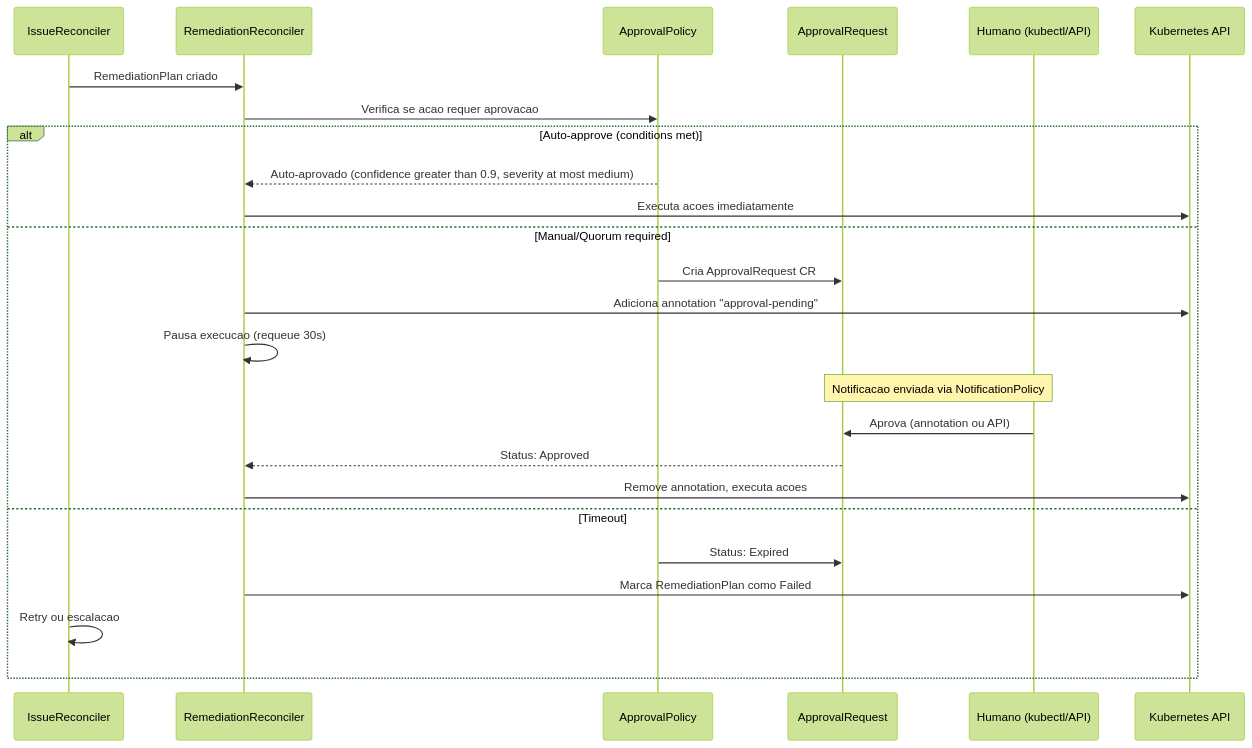
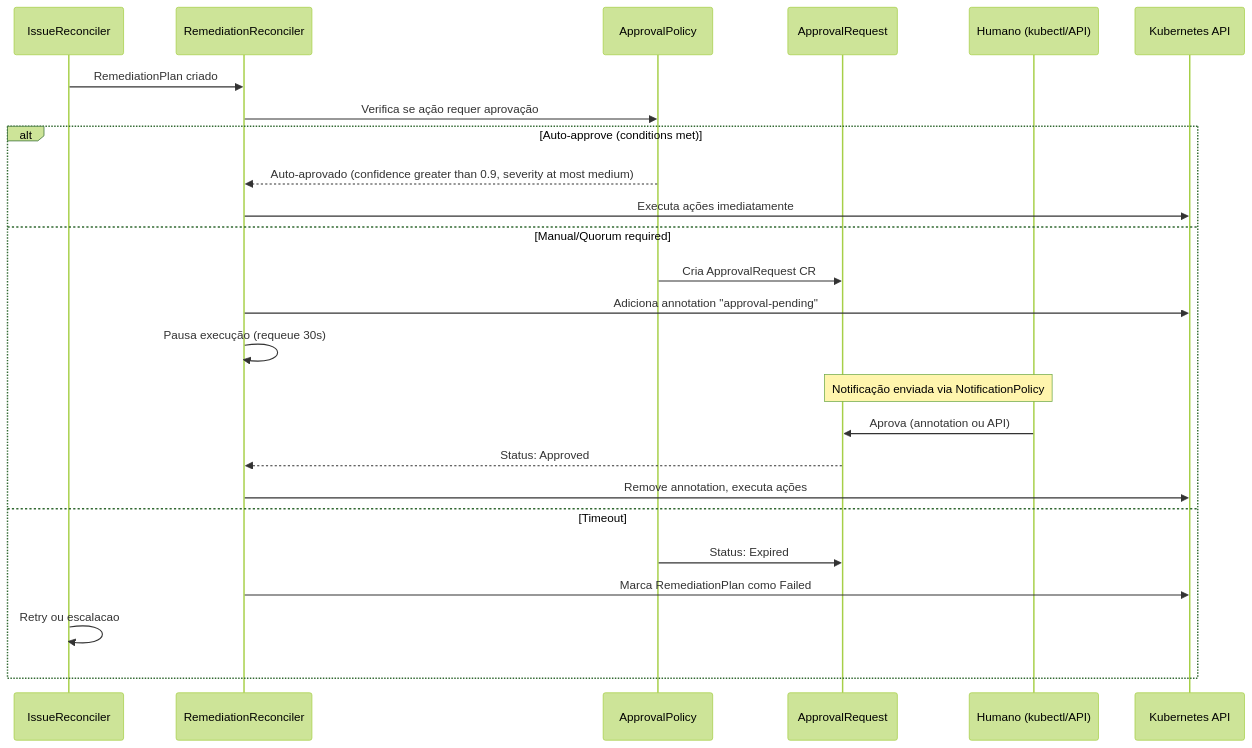
One commit to diillson/chatcli.ai changed the first of 3 diagrams in features/aiops/approval-workflow.mdx. Above: the diagram before and after it, drawn with Mermaid (forest theme). The commit also changed other lines of this file and 93 other files, not shown here.

````diff
--- a/features/aiops/approval-workflow.mdx
+++ b/features/aiops/approval-workflow.mdx
@@ -32,31 +32,31 @@
 ```mermaid
 sequenceDiagram
     participant IR as IssueReconciler
     participant RR as RemediationReconciler
     participant AP as ApprovalPolicy
     participant AR as ApprovalRequest
     participant H as Humano (kubectl/API)
     participant K8s as Kubernetes API
 
     IR->>RR: RemediationPlan criado
-    RR->>AP: Verifica se acao requer aprovacao
+    RR->>AP: Verifica se ação requer aprovação
 
     alt Auto-approve (conditions met)
         AP-->>RR: Auto-aprovado (confidence greater than 0.9, severity at most medium)
-        RR->>K8s: Executa acoes imediatamente
+        RR->>K8s: Executa ações imediatamente
     else Manual/Quorum required
         AP->>AR: Cria ApprovalRequest CR
         RR->>K8s: Adiciona annotation "approval-pending"
-        RR->>RR: Pausa execucao (requeue 30s)
+        RR->>RR: Pausa execução (requeue 30s)
 
-        Note over AR,H: Notificacao enviada via NotificationPolicy
+        Note over AR,H: Notificação enviada via NotificationPolicy
 
         H->>AR: Aprova (annotation ou API)
         AR-->>RR: Status: Approved
-        RR->>K8s: Remove annotation, executa acoes
+        RR->>K8s: Remove annotation, executa ações
     else Timeout
         AP->>AR: Status: Expired
         RR->>K8s: Marca RemediationPlan como Failed
         IR->>IR: Retry ou escalacao
     end
 ```
````
